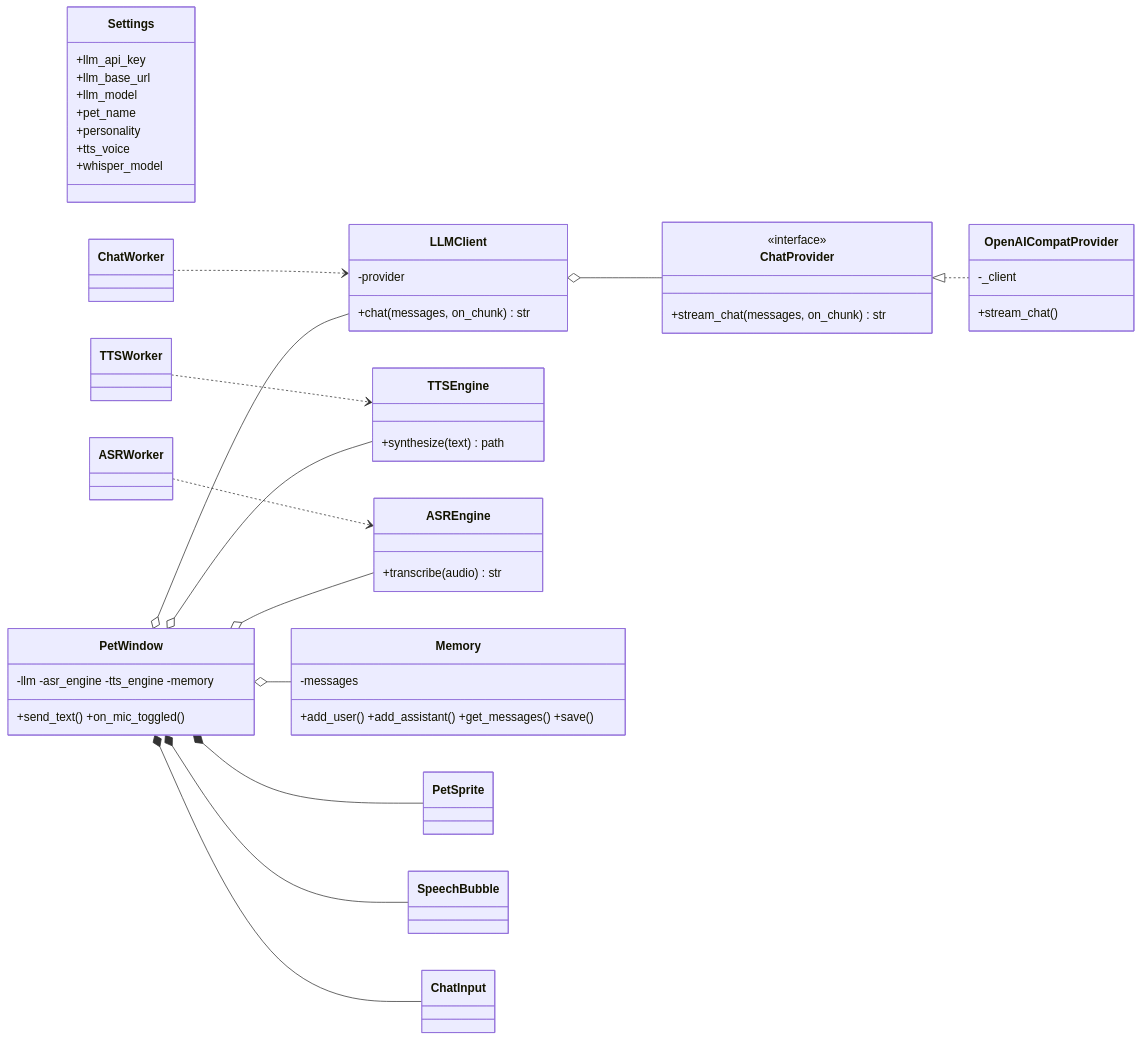
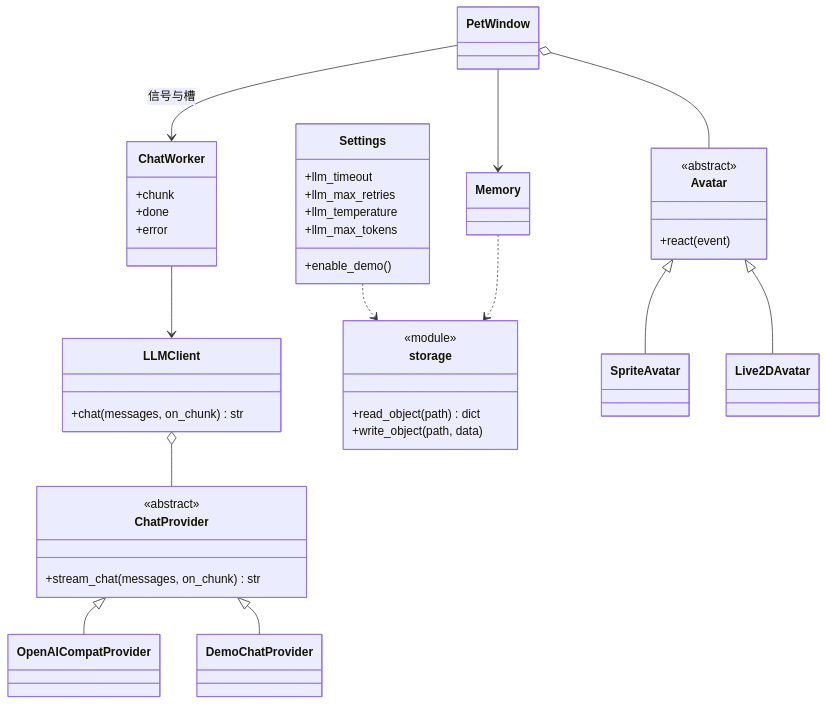
The second of 3 diagrams in docs/design.md (Yunkimo/Intelligent-Desk-Pet), drawn with Mermaid before and after one commit. The commit also changed other lines of this file and 14 other files, not shown here.

````diff
--- a/docs/design.md
+++ b/docs/design.md
@@ -51,62 +58,48 @@
 ```mermaid
 classDiagram
-    direction LR
-
     class Settings {
-        +llm_api_key
-        +llm_base_url
-        +llm_model
-        +pet_name
-        +personality
-        +tts_voice
-        +whisper_model
+        +enable_demo()
+        +llm_timeout
+        +llm_max_retries
+        +llm_temperature
+        +llm_max_tokens
     }
-
     class ChatProvider {
-        <<interface>>
+        <<abstract>>
         +stream_chat(messages, on_chunk) str
     }
-    class OpenAICompatProvider {
-        -_client
-        +stream_chat()
-    }
+    class OpenAICompatProvider
+    class DemoChatProvider
     class LLMClient {
-        -provider
         +chat(messages, on_chunk) str
     }
-    class TTSEngine {
-        +synthesize(text) path
+    class ChatWorker {
+        +chunk
+        +done
+        +error
     }
-    class ASREngine {
-        +transcribe(audio) str
+    class PetWindow
+    class Memory
+    class storage {
+        <<module>>
+        +read_object(path) dict
+        +write_object(path, data)
     }
-    class Memory {
-        -messages
-        +add_user() +add_assistant() +get_messages() +save()
+    class Avatar {
+        <<abstract>>
+        +react(event)
     }
-
-    class ChatWorker
-    class ASRWorker
-    class TTSWorker
-
-    class PetWindow {
-        -llm -asr_engine -tts_engine -memory
-        +send_text() +on_mic_toggled()
-    }
-    class PetSprite
-    class SpeechBubble
-    class ChatInput
-
-    ChatProvider <|.. OpenAICompatProvider
+    class SpriteAvatar
+    class Live2DAvatar
+    ChatProvider <|-- OpenAICompatProvider
+    ChatProvider <|-- DemoChatProvider
     LLMClient o-- ChatProvider
-    PetWindow o-- LLMClient
-    PetWindow o-- Memory
-    PetWindow o-- TTSEngine
-    PetWindow o-- ASREngine
-    PetWindow *-- PetSprite
-    PetWindow *-- SpeechBubble
-    PetWindow *-- ChatInput
-    ChatWorker ..> LLMClient
-    ASRWorker ..> ASREngine
-    TTSWorker ..> TTSEngine
+    ChatWorker --> LLMClient
+    PetWindow --> ChatWorker : 信号与槽
+    PetWindow --> Memory
+    Settings ..> storage
+    Memory ..> storage
+    PetWindow o-- Avatar
+    Avatar <|-- SpriteAvatar
+    Avatar <|-- Live2DAvatar
 ```
````
